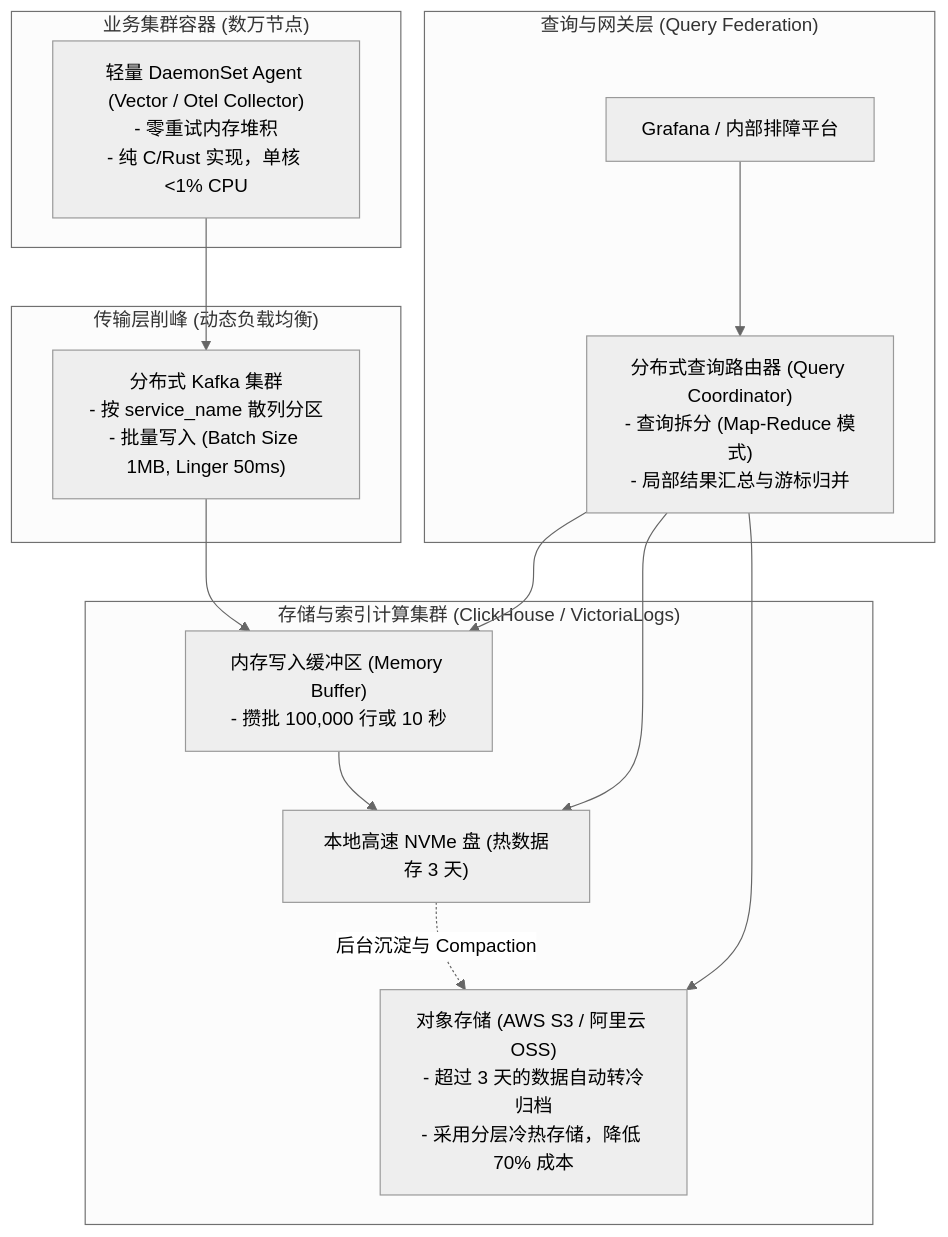
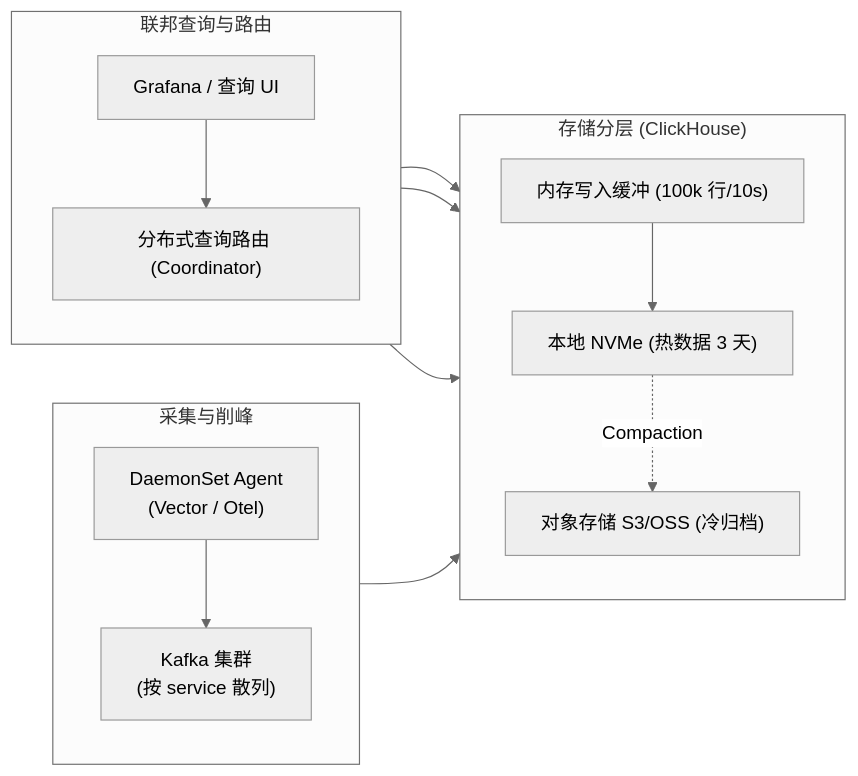
One commit to MoreConsequence/MoreConsequence.github.io changed the third of 3 diagrams in content/posts/interview-deep-dives/interview-57-distributed-log-search-system-design.md. Above: the diagram before and after it, drawn with Mermaid (neutral theme). The commit also changed other lines of this file and 835 other files, not shown here.

First line of the commit message:
feat(blog): 全站33篇新增深度专栏与博文全量审核上线及矢量图表优化

````diff
--- a/content/posts/interview-deep-dives/interview-57-distributed-log-search-system-design.md
+++ b/content/posts/interview-deep-dives/interview-57-distributed-log-search-system-design.md
@@ -157,29 +160,26 @@
 ```mermaid
-flowchart TD
-    subgraph Pods["业务集群容器 (数万节点)"]
-        Agent["轻量 DaemonSet Agent (Vector / Otel Collector)\n- 零重试内存堆积\n- 纯 C/Rust 实现，单核 <1% CPU"]
+flowchart LR
+    subgraph Ingestion["采集与削峰"]
+        direction TB
+        Agent["DaemonSet Agent<br/>(Vector / Otel)"] --> Kafka["Kafka 集群<br/>(按 service 散列)"]
     end
 
-    subgraph Transport["传输层削峰 (动态负载均衡)"]
-        Kafka["分布式 Kafka 集群\n- 按 service_name 散列分区\n- 批量写入 (Batch Size 1MB, Linger 50ms)"]
+    subgraph Storage["存储分层 (ClickHouse)"]
+        direction TB
+        IngestBuffer["内存写入缓冲 (100k 行/10s)"]
+        LocalNVMe["本地 NVMe (热数据 3 天)"]
+        ColdStorage["对象存储 S3/OSS (冷归档)"]
+        IngestBuffer --> LocalNVMe
+        LocalNVMe -.->|Compaction| ColdStorage
     end
 
-    subgraph StorageNodes["存储与索引计算集群 (ClickHouse / VictoriaLogs)"]
-        IngestBuffer["内存写入缓冲区 (Memory Buffer)\n- 攒批 100,000 行或 10 秒"]
-        ColdStorage["对象存储 (AWS S3 / 阿里云 OSS)\n- 超过 3 天的数据自动转冷归档\n- 采用分层冷热存储，降低 70% 成本"]
-        LocalNVMe["本地高速 NVMe 盘 (热数据存 3 天)"]
-        
-        IngestBuffer --> LocalNVMe
-        LocalNVMe -.->|后台沉淀与 Compaction| ColdStorage
+    subgraph Query["联邦查询与路由"]
+        direction TB
+        WebUI["Grafana / 查询 UI"] --> QueryRouter["分布式查询路由 (Coordinator)"]
     end
 
-    subgraph QueryEngine["查询与网关层 (Query Federation)"]
-        WebUI["Grafana / 内部排障平台"]
-        QueryRouter["分布式查询路由器 (Query Coordinator)\n- 查询拆分 (Map-Reduce 模式)\n- 局部结果汇总与游标归并"]
-    end
-
-    Agent --> Kafka --> IngestBuffer
-    WebUI --> QueryRouter --> IngestBuffer
+    Kafka --> IngestBuffer
+    QueryRouter --> IngestBuffer
     QueryRouter --> LocalNVMe
     QueryRouter --> ColdStorage
 ```
````
